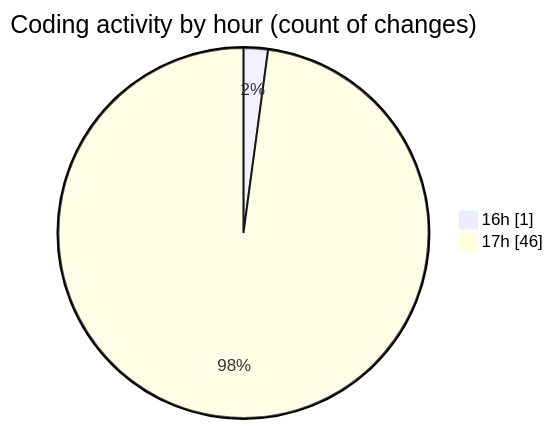
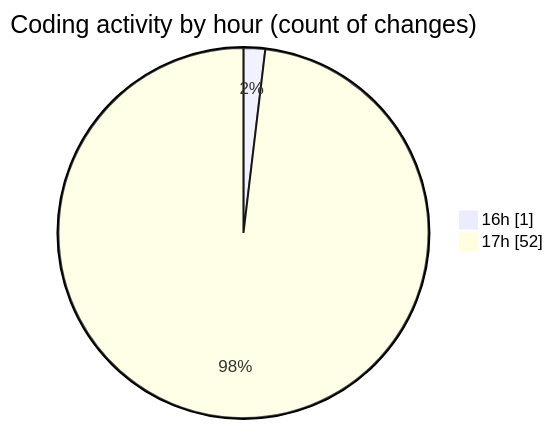
The second of 2 diagrams in 2025-05-27/studio-backend/README.md (idhammustaqopulfikri/code-tracking), drawn with Mermaid before and after one commit. The commit also changed other lines of this file and 1 other file, not shown here.

````diff
--- a/2025-05-27/studio-backend/README.md
+++ b/2025-05-27/studio-backend/README.md
@@ -50,6 +53,6 @@
 ```mermaid
 pie showData
 title Coding activity by hour (count of changes)
 "16h" : 1
-"17h" : 46
+"17h" : 52
 ```
````
